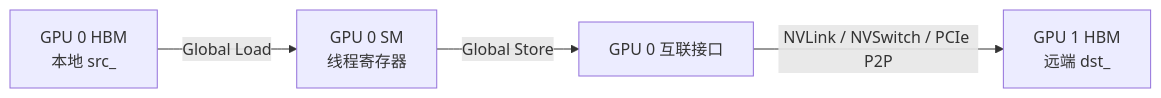
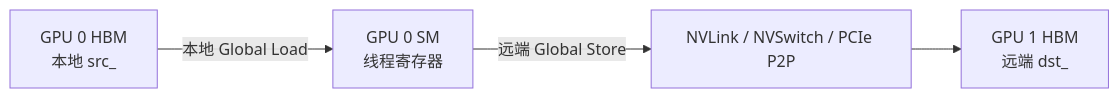
The first of 12 diagrams in MemoryChannelDeviceHandle数据搬运分析.md (10wvw01/mscclpp), drawn with Mermaid before and after one commit. The commit also changed other lines of this file, not shown here.

````diff
--- a/MemoryChannelDeviceHandle数据搬运分析.md
+++ b/MemoryChannelDeviceHandle数据搬运分析.md
@@ -337,6 +366,6 @@
 ```mermaid
 flowchart LR
-    A[GPU 0 HBM\n本地 src_] -->|Global Load| B[GPU 0 SM\n线程寄存器]
-    B -->|Global Store| C[GPU 0 互联接口]
-    C -->|NVLink / NVSwitch / PCIe P2P| D[GPU 1 HBM\n远端 dst_]
+    A[GPU 0 HBM<br/>本地 src_] -->|本地 Global Load| B[GPU 0 SM<br/>线程寄存器]
+    B -->|远端 Global Store| C[NVLink / NVSwitch / PCIe P2P]
+    C --> D[GPU 1 HBM<br/>远端 dst_]
 ```
````
